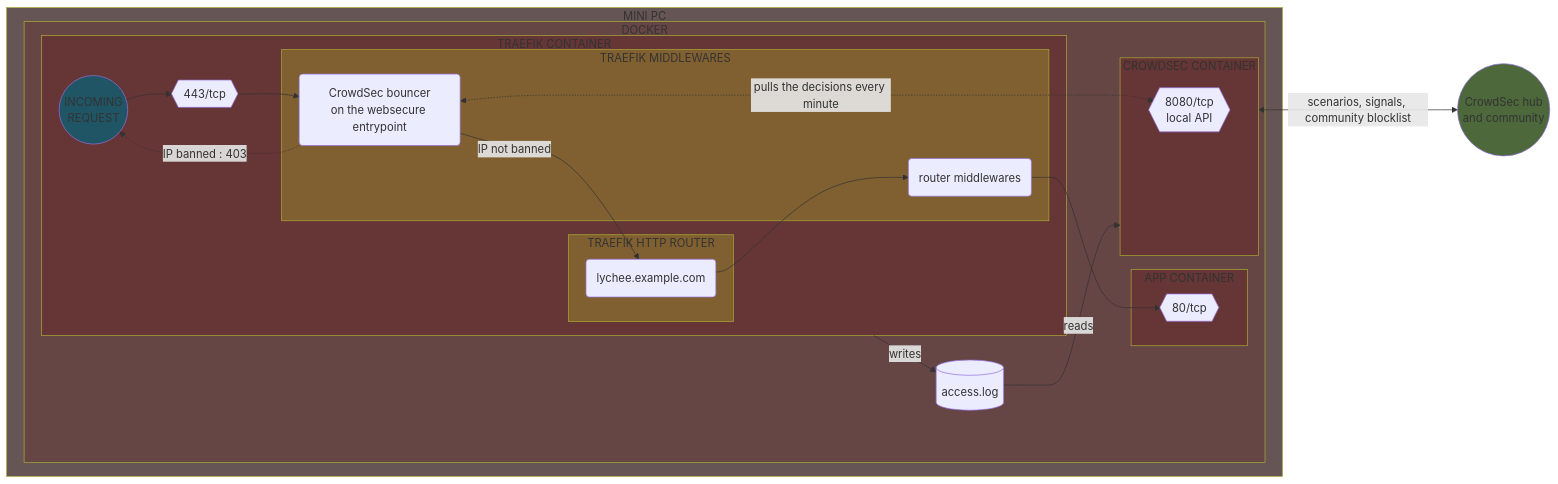
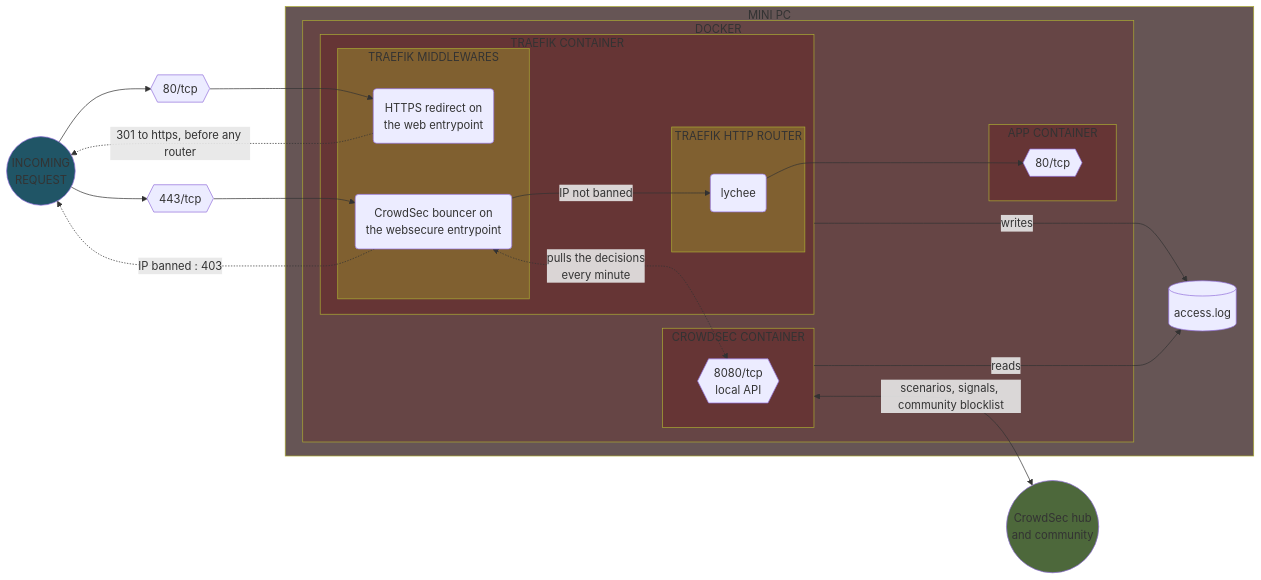
One commit to Yann39/self-hosted-n100 changed diagram 12 of 31 in README.md. Above: the diagram before and after it, drawn with Mermaid. The commit also changed other lines of this file, not shown here.

````diff
--- a/README.md
+++ b/README.md
@@ -3154,58 +3141,60 @@
 ```mermaid
 flowchart LR
     style INCOMING_REQUEST fill: #205566
     style TRAEFIK_CONTAINER fill: #663535
     style APP_CONTAINER fill: #663535
     style CROWDSEC_CONTAINER fill: #663535
     style TRAEFIK_ROUTER fill: #806030
     style TRAEFIK_MIDDLEWARE fill: #806030
     style SERVER_DEVICE fill: #665555
     style CONTAINER_ENGINE fill: #664545
     style HUB fill: #4d683b
     DOCKER_TRAEFIK_PORT443{{443/tcp}}
+    DOCKER_TRAEFIK_PORT80{{80/tcp}}
     DOCKER_APP_PORT{{80/tcp}}
     DOCKER_CROWDSEC_PORT{{8080/tcp\nlocal API}}
-    TRAEFIK_ROUTER_APP(lychee.example.com)
-    TRAEFIK_MIDDLEWARE_CROWDSEC(CrowdSec bouncer\non the websecure entrypoint)
-    TRAEFIK_MIDDLEWARE_OTHERS(router middlewares)
+    TRAEFIK_ROUTER_APP(lychee)
+    TRAEFIK_MIDDLEWARE_REDIRECT(HTTPS redirect on<br>the web entrypoint)
+    TRAEFIK_MIDDLEWARE_CROWDSEC(CrowdSec bouncer on<br>the websecure entrypoint)
     INCOMING_REQUEST((INCOMING\nREQUEST))
     HUB((CrowdSec hub\nand community))
-    INCOMING_REQUEST --> DOCKER_TRAEFIK_PORT443
 
     subgraph SERVER_DEVICE[MINI PC]
         subgraph CONTAINER_ENGINE[DOCKER]
             subgraph TRAEFIK_CONTAINER[TRAEFIK CONTAINER]
-                DOCKER_TRAEFIK_PORT443 --> TRAEFIK_MIDDLEWARE_CROWDSEC
-
                 subgraph TRAEFIK_MIDDLEWARE[TRAEFIK MIDDLEWARES]
+                    TRAEFIK_MIDDLEWARE_REDIRECT
                     TRAEFIK_MIDDLEWARE_CROWDSEC
-                    TRAEFIK_MIDDLEWARE_OTHERS
                 end
 
                 subgraph TRAEFIK_ROUTER[TRAEFIK HTTP ROUTER]
                     TRAEFIK_ROUTER_APP
                 end
-
-                TRAEFIK_MIDDLEWARE_CROWDSEC -->|IP not banned| TRAEFIK_ROUTER_APP
-                TRAEFIK_MIDDLEWARE_CROWDSEC -.->|IP banned : 403| INCOMING_REQUEST
-                TRAEFIK_ROUTER_APP --> TRAEFIK_MIDDLEWARE_OTHERS
             end
 
             subgraph APP_CONTAINER[APP CONTAINER]
                 DOCKER_APP_PORT
             end
 
             subgraph CROWDSEC_CONTAINER[CROWDSEC CONTAINER]
                 DOCKER_CROWDSEC_PORT
             end
+        end
 
-            ACCESS_LOG[(access.log)]
-            TRAEFIK_MIDDLEWARE_OTHERS --> DOCKER_APP_PORT
-            TRAEFIK_CONTAINER -->|writes| ACCESS_LOG
-            ACCESS_LOG -->|reads| CROWDSEC_CONTAINER
-            TRAEFIK_MIDDLEWARE_CROWDSEC <-.->|pulls the decisions every minute| DOCKER_CROWDSEC_PORT
-        end
+        ACCESS_LOG
     end
 
+    INCOMING_REQUEST --> DOCKER_TRAEFIK_PORT443
+    INCOMING_REQUEST --> DOCKER_TRAEFIK_PORT80
+    DOCKER_TRAEFIK_PORT443 --> TRAEFIK_MIDDLEWARE_CROWDSEC
+    DOCKER_TRAEFIK_PORT80 --> TRAEFIK_MIDDLEWARE_REDIRECT
+    TRAEFIK_MIDDLEWARE_REDIRECT -.->|301 to https, before any router| INCOMING_REQUEST
+    TRAEFIK_MIDDLEWARE_CROWDSEC -->|IP not banned| TRAEFIK_ROUTER_APP
+    TRAEFIK_MIDDLEWARE_CROWDSEC -.->|IP banned : 403| INCOMING_REQUEST
+    ACCESS_LOG[(access.log)]
+    TRAEFIK_ROUTER_APP --> DOCKER_APP_PORT
+    TRAEFIK_CONTAINER --->|writes| ACCESS_LOG
+    CROWDSEC_CONTAINER --->|reads| ACCESS_LOG
+    TRAEFIK_MIDDLEWARE_CROWDSEC <-.->|pulls the decisions<br>every minute| DOCKER_CROWDSEC_PORT
     CROWDSEC_CONTAINER <-->|scenarios, signals, community blocklist| HUB
 ```
````
